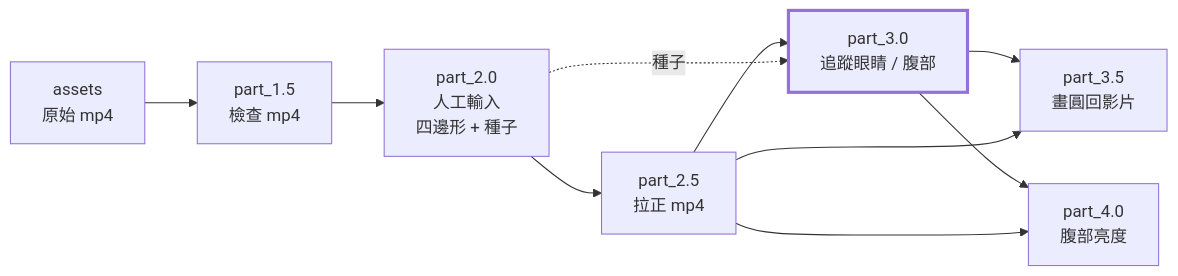
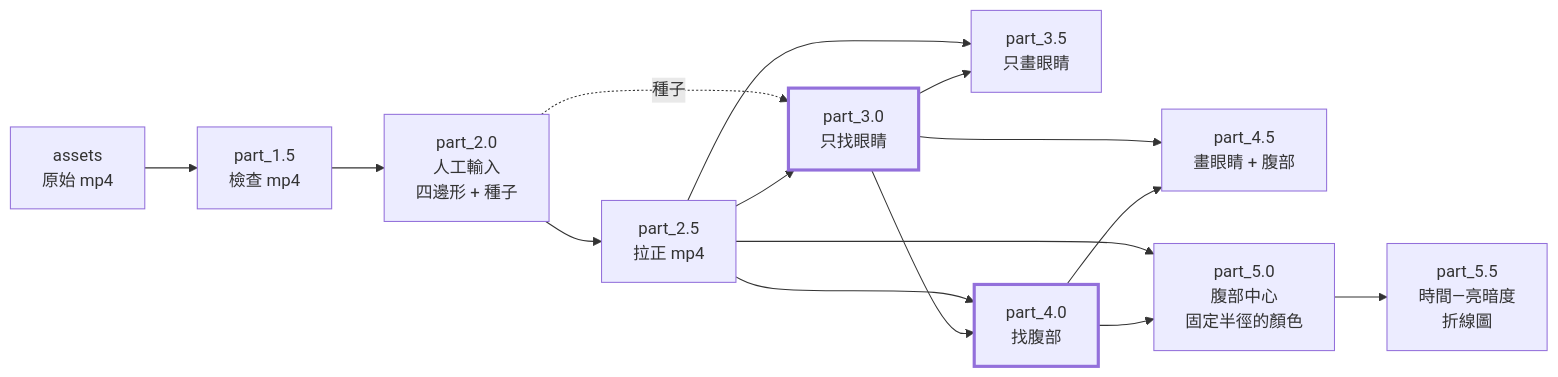
The diagram in README.md (anunnamedtank24/squid_video_analysis), drawn with Mermaid before and after one commit. The commit also changed other lines of this file and 415 other files, not shown here.

````diff
--- a/README.md
+++ b/README.md
@@ -116,13 +125,19 @@
 ```mermaid
 flowchart LR
     A["assets<br/>原始 mp4"] --> P15["part_1.5<br/>檢查 mp4"]
     P15 --> P20["part_2.0<br/>人工輸入<br/>四邊形 + 種子"]
     P20 --> P25["part_2.5<br/>拉正 mp4"]
-    P25 --> P30["part_3.0<br/>追蹤眼睛 / 腹部"]
+    P25 --> P30["part_3.0<br/>只找眼睛"]
     P20 -. 種子 .-> P30
-    P30 --> P35["part_3.5<br/>畫圓回影片"]
-    P30 --> P40["part_4.0<br/>腹部亮度"]
+    P30 --> P35["part_3.5<br/>只畫眼睛"]
+    P30 --> P40["part_4.0<br/>找腹部"]
     P25 --> P35
     P25 --> P40
+    P40 --> P45["part_4.5<br/>畫眼睛 + 腹部"]
+    P30 --> P45
+    P40 --> P50["part_5.0<br/>腹部中心<br/>固定半徑的顏色"]
+    P25 --> P50
+    P50 --> P55["part_5.5<br/>時間—亮暗度<br/>折線圖"]
     style P30 stroke-width:3px
+    style P40 stroke-width:3px
 ```
````
